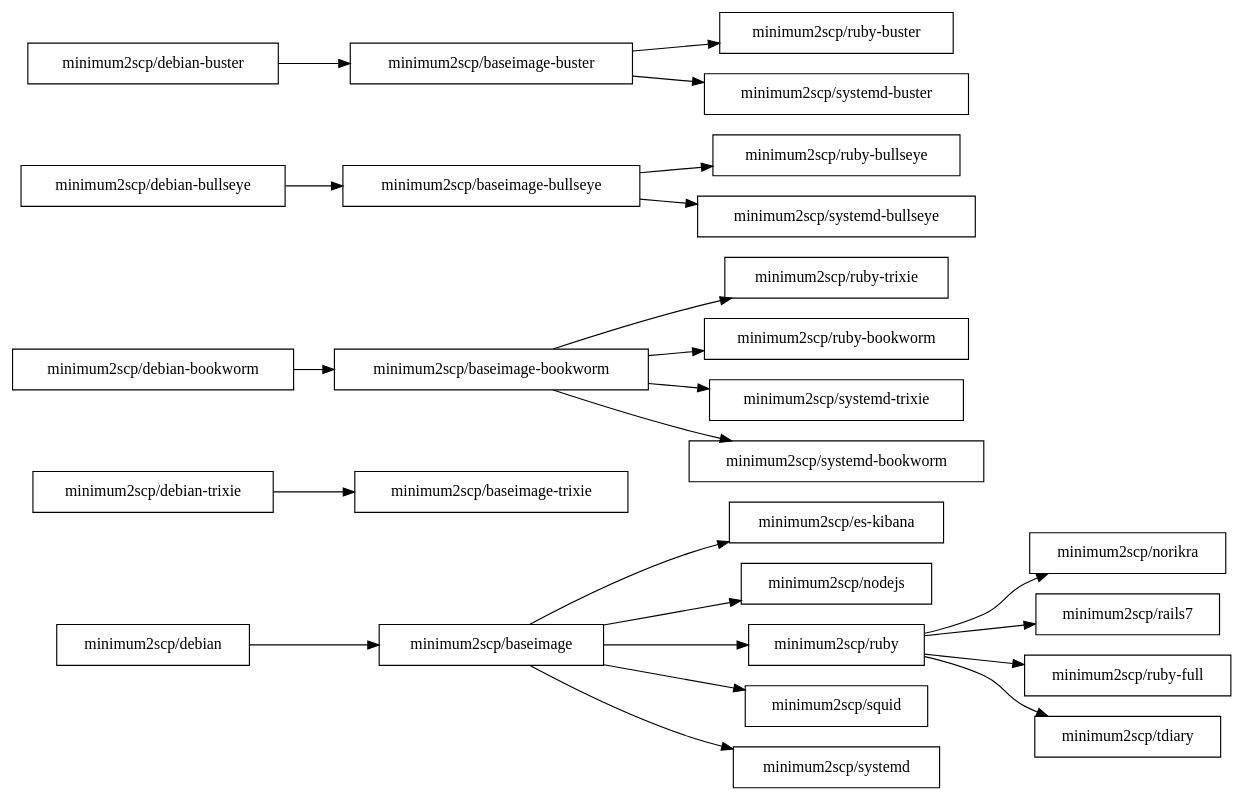
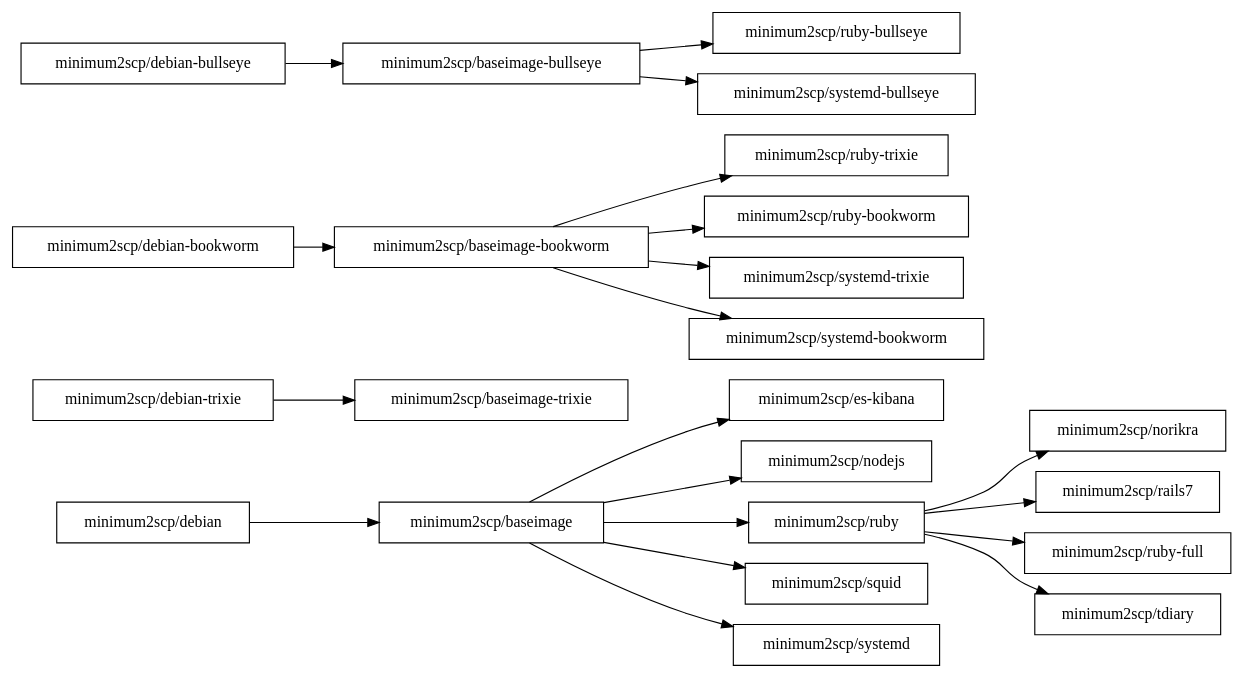
The diagram in deps.dot (minimum2scp/dockerfiles), drawn with Graphviz before and after one commit.

```diff
--- a/deps.dot
+++ b/deps.dot
@@ -1,56 +1,49 @@
 digraph deps {
   graph [
     rankdir = "LR"
   ];
 
   node [
     shape = "box"
   ];
 
   ratio = auto;
 
   baseimage          [label = "minimum2scp/baseimage"];
   baseimage_trixie   [label = "minimum2scp/baseimage-trixie"];
   baseimage_bookworm [label = "minimum2scp/baseimage-bookworm"];
   baseimage_bullseye [label = "minimum2scp/baseimage-bullseye"];
-  baseimage_buster   [label = "minimum2scp/baseimage-buster"];
   debian             [label = "minimum2scp/debian"];
   debian_trixie      [label = "minimum2scp/debian-trixie"];
   debian_bookworm    [label = "minimum2scp/debian-bookworm"];
   debian_bullseye    [label = "minimum2scp/debian-bullseye"];
-  debian_buster      [label = "minimum2scp/debian-buster"];
   es_kibana          [label = "minimum2scp/es-kibana"];
   nodejs             [label = "minimum2scp/nodejs"];
   norikra            [label = "minimum2scp/norikra"];
   rails7             [label = "minimum2scp/rails7"];
   ruby               [label = "minimum2scp/ruby"];
   ruby_trixie        [label = "minimum2scp/ruby-trixie"];
   ruby_bookworm      [label = "minimum2scp/ruby-bookworm"];
   ruby_bullseye      [label = "minimum2scp/ruby-bullseye"];
-  ruby_buster        [label = "minimum2scp/ruby-buster"];
   ruby_full          [label = "minimum2scp/ruby-full"];
   squid              [label = "minimum2scp/squid"];
   systemd            [label = "minimum2scp/systemd"];
   systemd_trixie     [label = "minimum2scp/systemd-trixie"];
   systemd_bookworm   [label = "minimum2scp/systemd-bookworm"];
   systemd_bullseye   [label = "minimum2scp/systemd-bullseye"];
-  systemd_buster     [label = "minimum2scp/systemd-buster"];
   tdiary             [label = "minimum2scp/tdiary"];
 
   debian    -> baseimage;
   baseimage -> {es_kibana, nodejs, ruby, squid, systemd};
   ruby      -> {norikra, rails7, ruby_full, tdiary};
 
   debian_trixie   -> baseimage_trixie;
   baseimage_bookworm -> {ruby_trixie, systemd_trixie};
 
   debian_bookworm -> baseimage_bookworm;
   baseimage_bookworm -> {ruby_bookworm, systemd_bookworm};
 
   debian_bullseye -> baseimage_bullseye;
   baseimage_bullseye -> {ruby_bullseye, systemd_bullseye};
 
-  debian_buster -> baseimage_buster;
-  baseimage_buster -> {ruby_buster, systemd_buster};
-
 }
```
